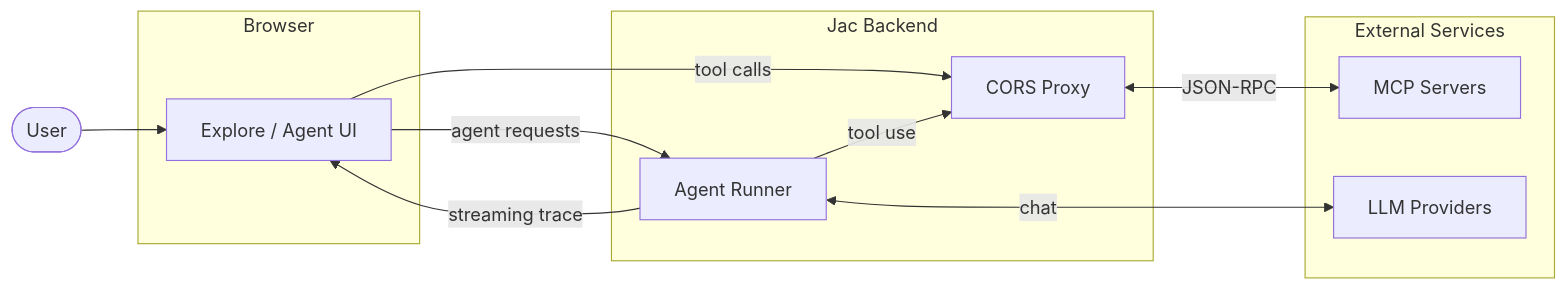
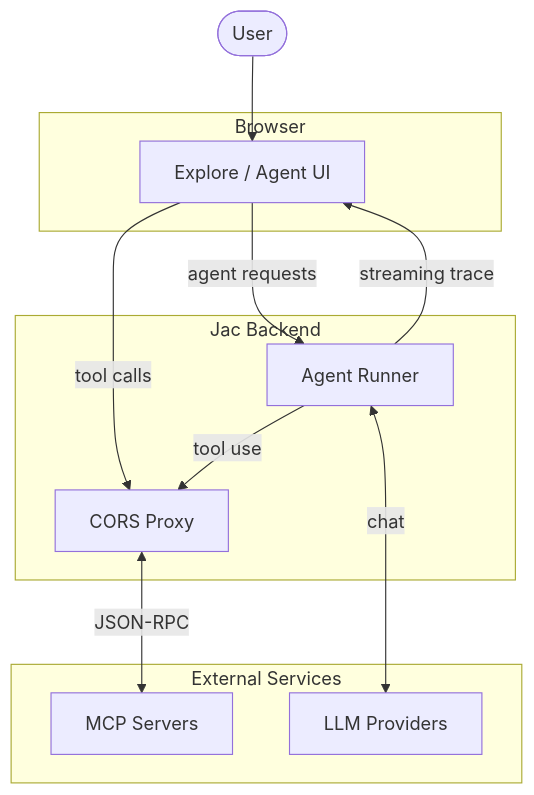
Before and after one commit to SahanUday/ProtoMCP: the diagram in README.md, drawn with Mermaid. The commit also changed other lines of this file, not shown here.

````diff
--- a/README.md
+++ b/README.md
@@ -57,26 +59,26 @@
 ```mermaid
-graph LR
+graph TB
     User(["User"])
 
     subgraph Browser["Browser"]
         UI["Explore / Agent UI"]
     end
 
     subgraph Backend["Jac Backend"]
         Proxy["CORS Proxy"]
         Agent["Agent Runner"]
     end
 
     subgraph External["External Services"]
         MCP["MCP Servers"]
         LLM["LLM Providers"]
     end
 
     User --> UI
     UI -->|"tool calls"| Proxy
     UI -->|"agent requests"| Agent
     Proxy <-->|"JSON-RPC"| MCP
     Agent -->|"tool use"| Proxy
     Agent <-->|"chat"| LLM
     Agent -->|"streaming trace"| UI
 ```
````
